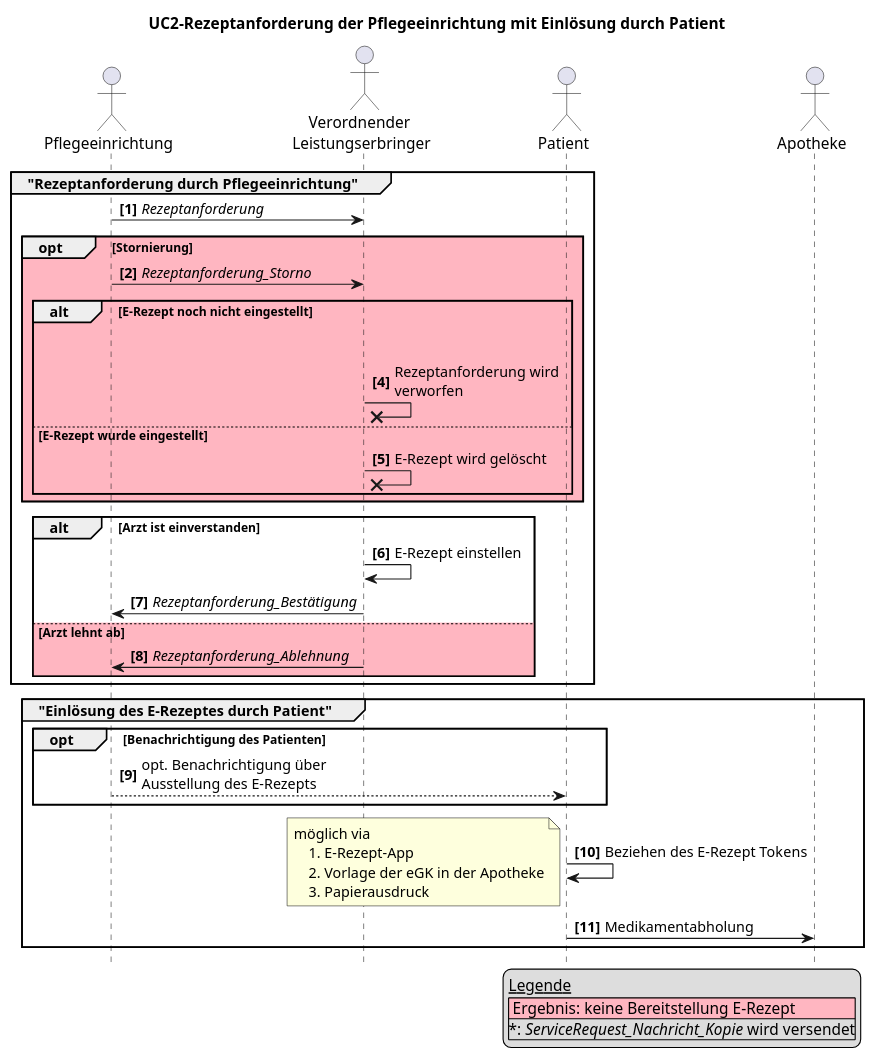
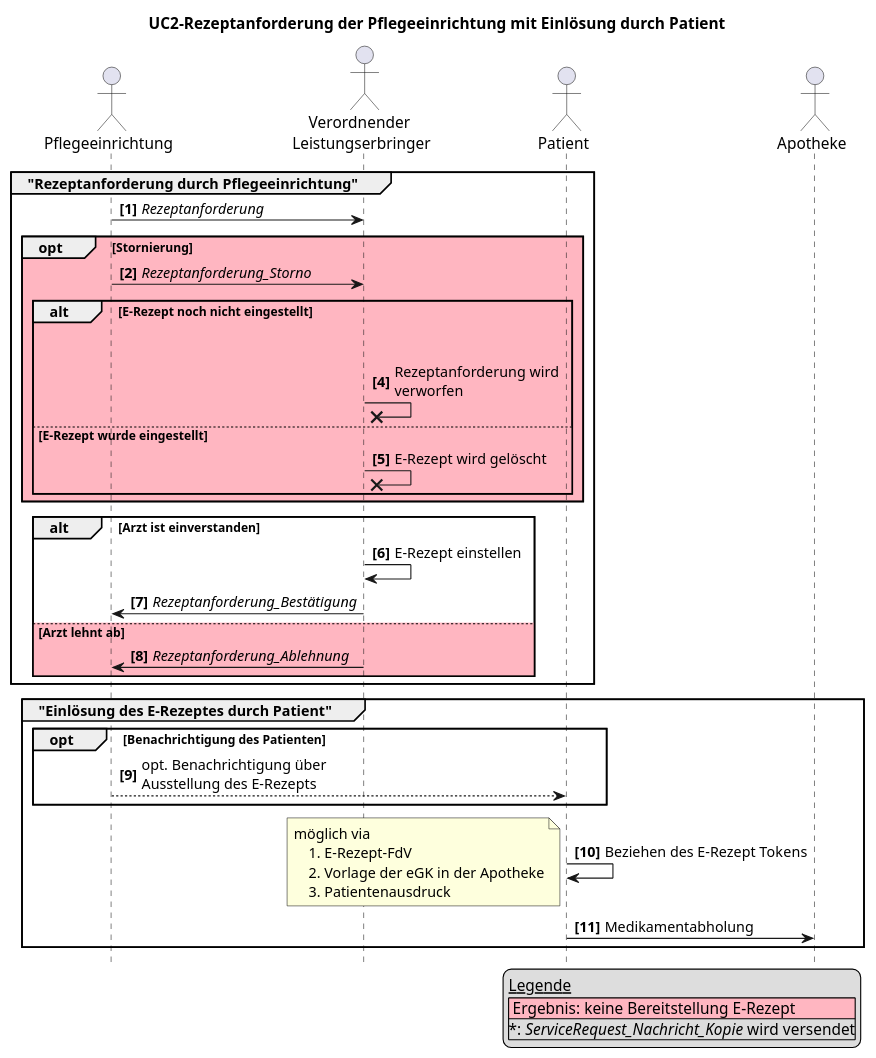
One commit to gematik/spec-E-Rezept-ServiceRequest changed the diagram in Resources/puml/gemF_eRp_KIM/UC2-rezeptanforderung-pflege-versicherteninvolvierung.puml. Above: the diagram before and after it, drawn with PlantUML.

Commit message:
Edit UC2 gemF puml

```diff
--- a/Resources/puml/gemF_eRp_KIM/UC2-rezeptanforderung-pflege-versicherteninvolvierung.puml
+++ b/Resources/puml/gemF_eRp_KIM/UC2-rezeptanforderung-pflege-versicherteninvolvierung.puml
@@ -1,62 +1,62 @@
 @startuml name = "UC2-Rezeptanforderung-Patienteninvolvierung"
 
 
 skinparam maxMessageSize 200
 
 actor "Pflegeeinrichtung" as Pflegeeinrichtung
 actor "Verordnender \nLeistungserbringer" as Arztpraxis
 actor Patient
 actor Apotheke
 
 title UC2-Rezeptanforderung der Pflegeeinrichtung mit Einlösung durch Patient
 hide footbox
 autonumber "<b>[0]"
 
 legend bottom right
     __Legende__
     |<#LightPink> Ergebnis: keine Bereitstellung E-Rezept|
     |*: //ServiceRequest_Nachricht_Kopie// wird versendet|
 endlegend
 
 group "Rezeptanforderung durch Pflegeeinrichtung"
     Pflegeeinrichtung -> Arztpraxis: //Rezeptanforderung//
 
     opt #LightPink Stornierung
         Pflegeeinrichtung -> Arztpraxis: //Rezeptanforderung_Storno//
         alt #LightPink E-Rezept noch nicht eingestellt
         Pflegeeinrichtung -[hidden]-> Arztpraxis
             Arztpraxis ->x Arztpraxis: Rezeptanforderung wird verworfen
         else #LightPink E-Rezept wurde eingestellt
             Arztpraxis ->x Arztpraxis: E-Rezept wird gelöscht
         end
     end
 
     alt Arzt ist einverstanden 
         Arztpraxis -> Arztpraxis: E-Rezept einstellen
         Arztpraxis -> Pflegeeinrichtung: //Rezeptanforderung_Bestätigung//
         
     else #LightPink Arzt lehnt ab
         Arztpraxis -> Pflegeeinrichtung: //Rezeptanforderung_Ablehnung//
     end
 
 end
 
 group "Einlösung des E-Rezeptes durch Patient"
     opt Benachrichtigung des Patienten
         Pflegeeinrichtung --> Patient: opt. Benachrichtigung über Ausstellung des E-Rezepts
     end
 
     Patient -> Patient: Beziehen des E-Rezept Tokens
 
     note left
         möglich via
-            1. E-Rezept-App
+            1. E-Rezept-FdV
             2. Vorlage der eGK in der Apotheke
-            3. Papierausdruck
+            3. Patientenausdruck
     end note
 
     Patient -> Apotheke: Medikamentabholung
 
 end
 
 @enduml
```
